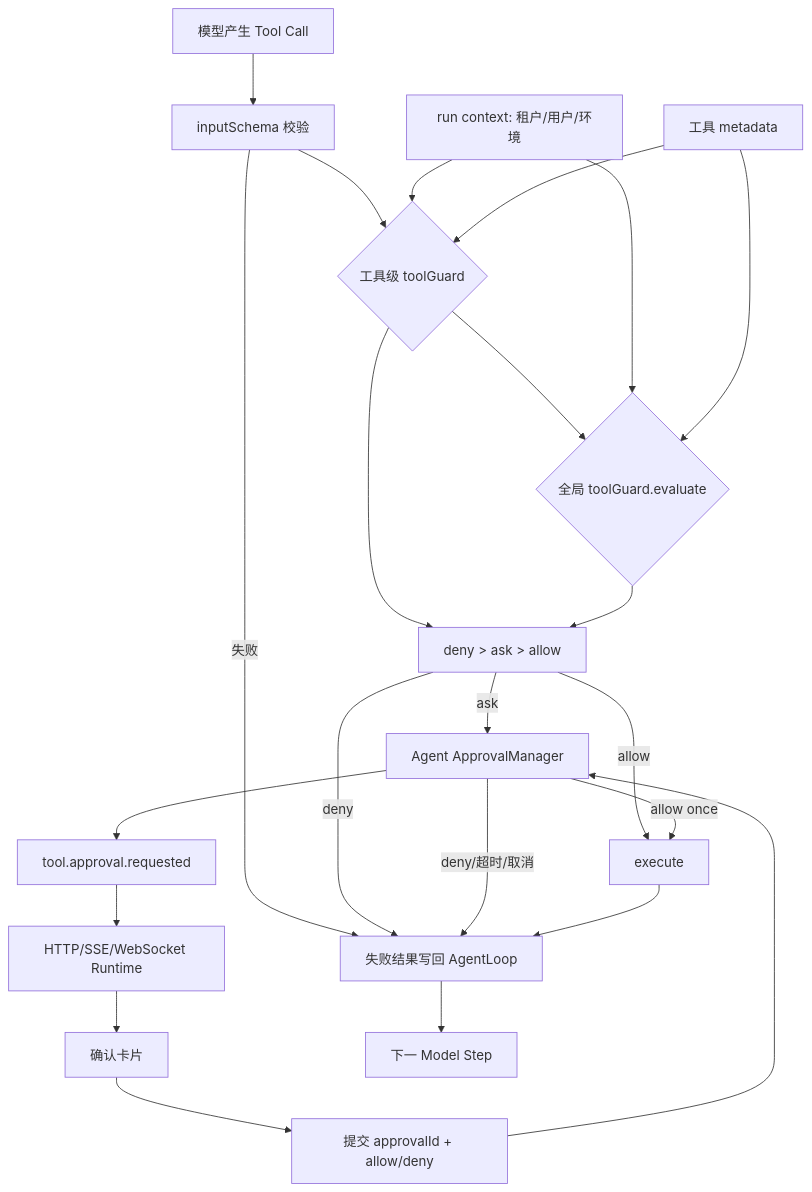
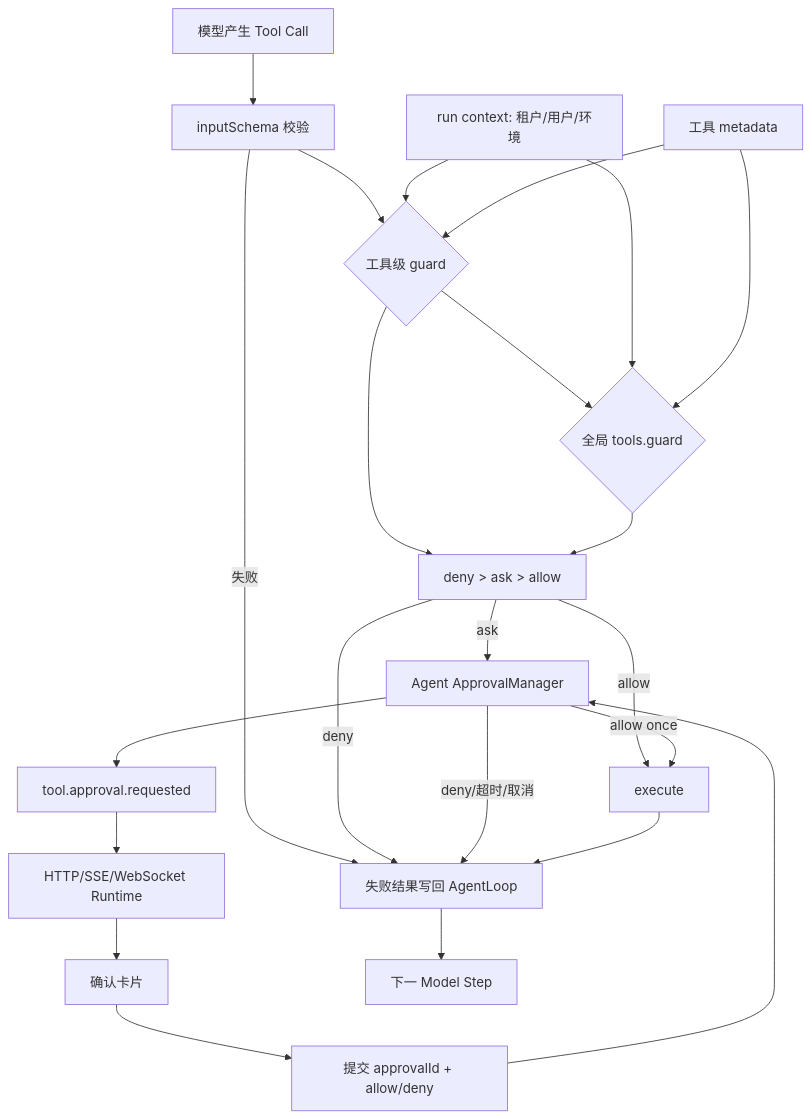
The first of 2 diagrams in docs/learning/tool-approval-flow.md (AlbertE1990/crafteHarness), drawn with Mermaid before and after one commit. The commit also changed other lines of this file and 54 other files, not shown here.

````diff
--- a/docs/learning/tool-approval-flow.md
+++ b/docs/learning/tool-approval-flow.md
@@ -28,25 +28,25 @@
 ```mermaid
 flowchart TD
   Model[模型产生 Tool Call] --> Validate[inputSchema 校验]
   Validate -->|失败| ToolResult[失败结果写回 AgentLoop]
-  Validate --> Local{工具级 toolGuard}
-  Local --> Global{全局 toolGuard.evaluate}
+  Validate --> Local{工具级 guard}
+  Local --> Global{全局 tools.guard}
   Context[run context: 租户/用户/环境] --> Local
   Context --> Global
   Metadata[工具 metadata] --> Local
   Metadata --> Global
   Local --> Merge[deny > ask > allow]
   Global --> Merge
   Merge -->|allow| Execute[execute]
   Merge -->|deny| ToolResult
   Merge -->|ask| Manager[Agent ApprovalManager]
   Manager --> Event[tool.approval.requested]
   Event --> Runtime[HTTP/SSE/WebSocket Runtime]
   Runtime --> UI[确认卡片]
   UI --> Submit[提交 approvalId + allow/deny]
   Submit --> Manager
   Manager -->|allow once| Execute
   Manager -->|deny/超时/取消| ToolResult
   Execute --> ToolResult
   ToolResult --> ModelStep[下一 Model Step]
 ```
````
